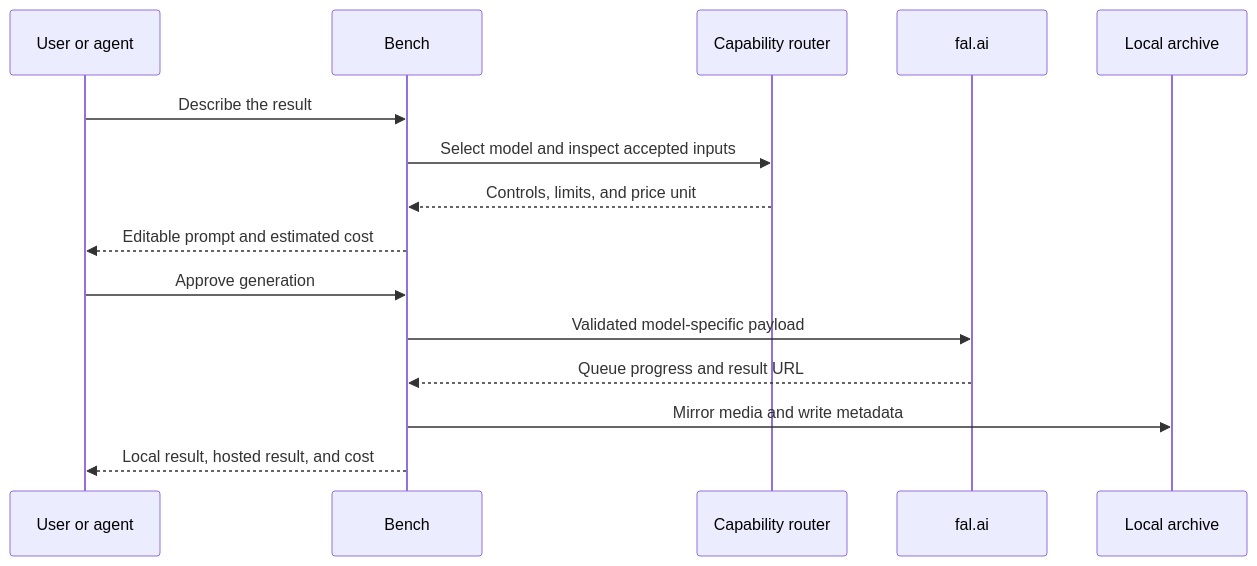
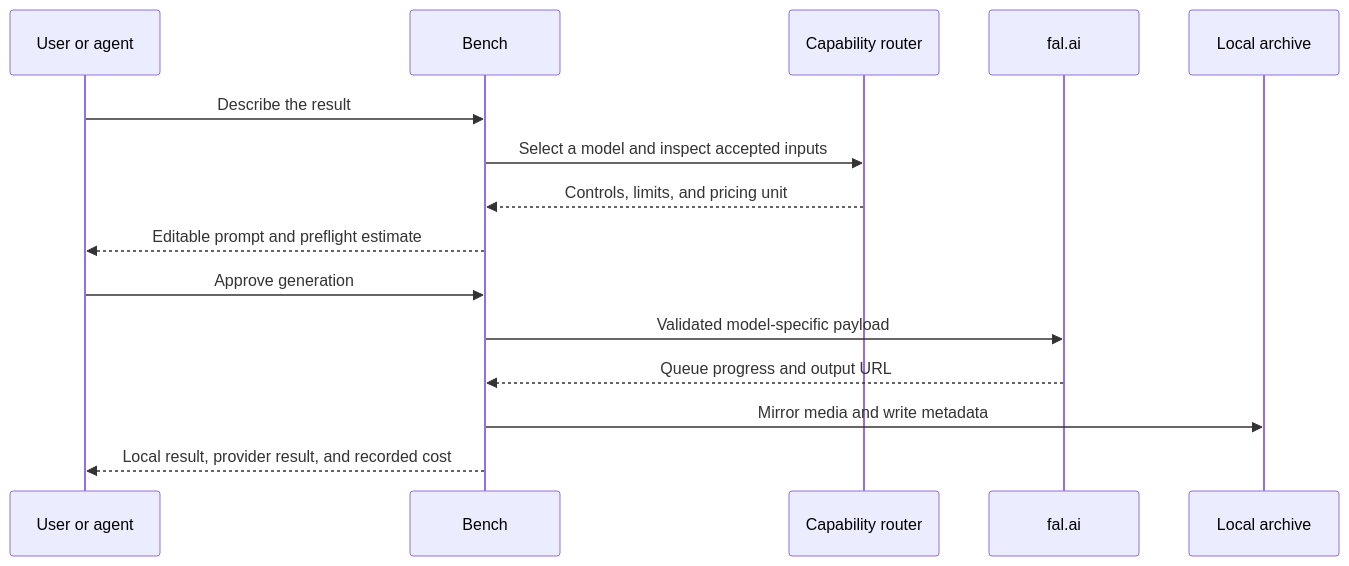
Before and after one commit to AIONEpreneur/kreativstudio: the third of 6 diagrams in README.md, drawn with Mermaid. The commit also changed other lines of this file and 2 other files, not shown here.

````diff
--- a/README.md
+++ b/README.md
@@ -102,18 +175,18 @@
 ```mermaid
 sequenceDiagram
     participant U as User or agent
     participant B as Bench
     participant R as Capability router
     participant F as fal.ai
     participant L as Local archive
 
     U->>B: Describe the result
-    B->>R: Select model and inspect accepted inputs
-    R-->>B: Controls, limits, and price unit
-    B-->>U: Editable prompt and estimated cost
+    B->>R: Select a model and inspect accepted inputs
+    R-->>B: Controls, limits, and pricing unit
+    B-->>U: Editable prompt and preflight estimate
     U->>B: Approve generation
     B->>F: Validated model-specific payload
-    F-->>B: Queue progress and result URL
+    F-->>B: Queue progress and output URL
     B->>L: Mirror media and write metadata
-    B-->>U: Local result, hosted result, and cost
+    B-->>U: Local result, provider result, and recorded cost
 ```
````
